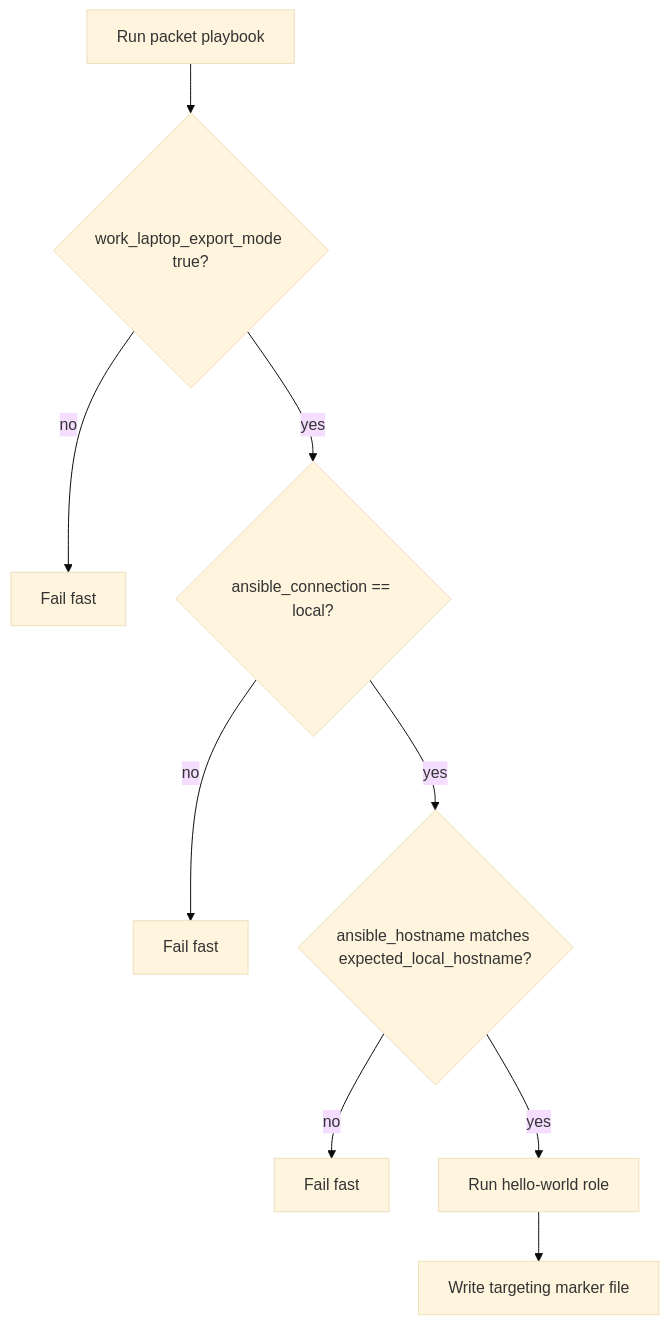
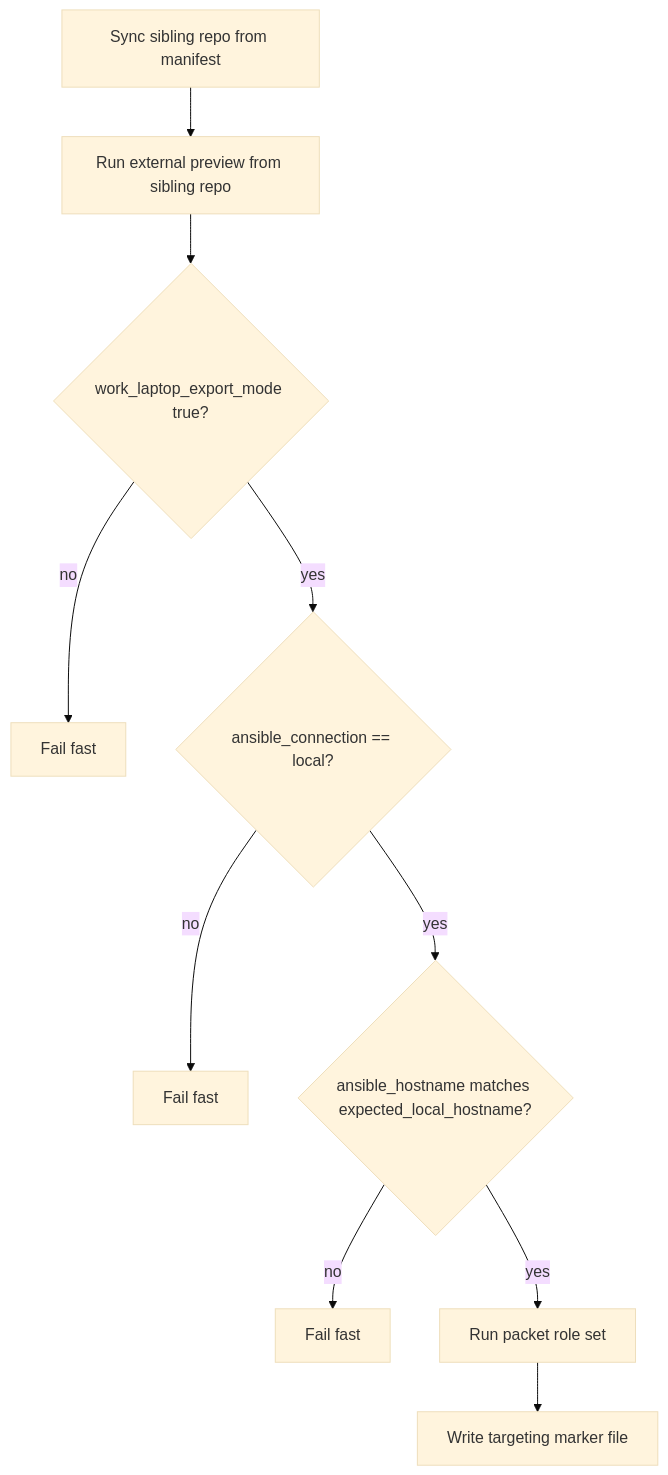
The second of 3 diagrams in docs/plans/2026-09-02--work-laptop-export-pilot/README.md (doesitscript/dotfile-vnext), drawn with Mermaid (base theme) before and after one commit. The commit also changed other lines of this file and 68 other files, not shown here.

First line of the commit message:
feat(export): promote work-laptop build-target repo workflow

````diff
--- a/docs/plans/2026-09-02--work-laptop-export-pilot/README.md
+++ b/docs/plans/2026-09-02--work-laptop-export-pilot/README.md
@@ -54,11 +57,12 @@
 ```mermaid
 flowchart TD
-  start[Run packet playbook] --> mode{work_laptop_export_mode true?}
+  start[Sync sibling repo from manifest] --> preview[Run external preview from sibling repo]
+  preview --> mode{work_laptop_export_mode true?}
   mode -- no --> stop1[Fail fast]
   mode -- yes --> local{ansible_connection == local?}
   local -- no --> stop2[Fail fast]
   local -- yes --> host{ansible_hostname matches expected_local_hostname?}
   host -- no --> stop3[Fail fast]
-  host -- yes --> hello[Run hello-world role]
-  hello --> marker[Write targeting marker file]
+  host -- yes --> toolset[Run packet role set]
+  toolset --> marker[Write targeting marker file]
 ```
````
